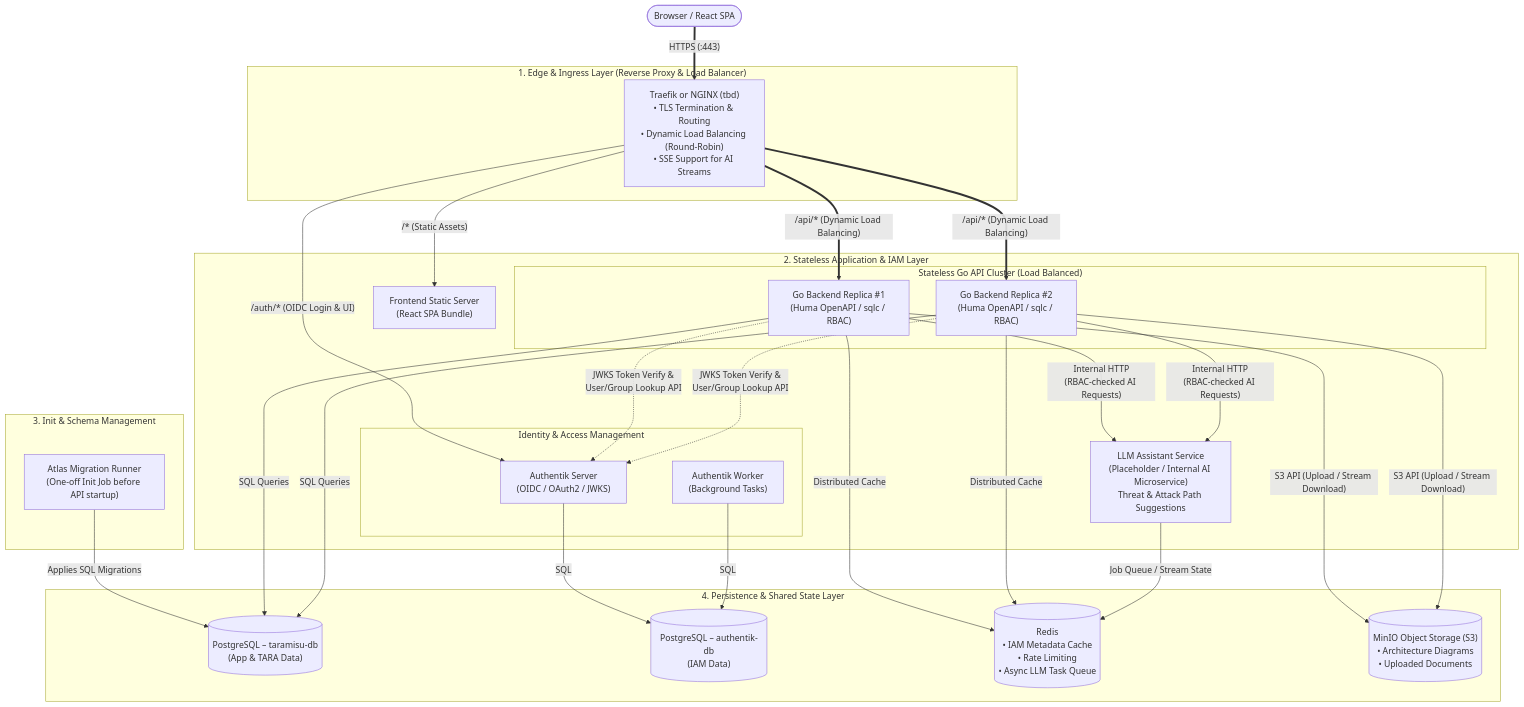
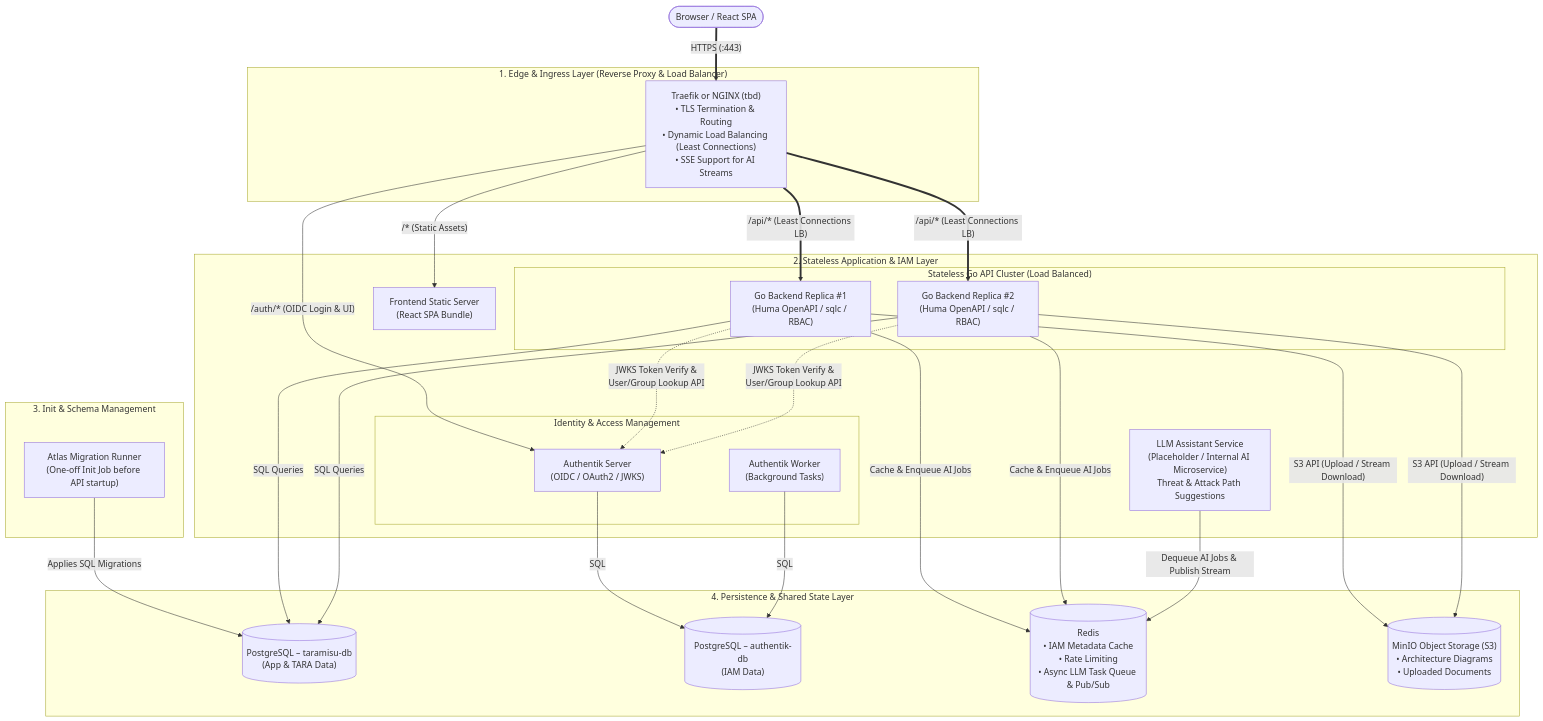
Before and after one commit to thi-taramisu/taramisu: the first of 2 diagrams in docs/internal/architecture/architecture-overview.md, drawn with Mermaid. The commit also changed other lines of this file, not shown here.

Commit message:
switch to least connections load balancing

````diff
--- a/docs/internal/architecture/architecture-overview.md
+++ b/docs/internal/architecture/architecture-overview.md
@@ -11,75 +11,74 @@
 ```mermaid
 flowchart TB
     %% ==========================================
     %% EXTERNAL ACTORS
     %% ==========================================
     Client([Browser / React SPA])
 
     %% ==========================================
     %% EDGE / INGRESS LAYER
     %% ==========================================
     subgraph Edge_Layer ["1. Edge & Ingress Layer (Reverse Proxy & Load Balancer)"]
-        Traefik["Traefik or NGINX (tbd)<br/>• TLS Termination & Routing<br/>• Dynamic Load Balancing (Round-Robin)<br/>• SSE Support for AI Streams"]
+        Traefik["Traefik or NGINX (tbd)<br/>• TLS Termination & Routing<br/>• Dynamic Load Balancing (Least Connections)<br/>• SSE Support for AI Streams"]
     end
 
     %% ==========================================
     %% APPLICATION & IAM LAYER
     %% ==========================================
     subgraph App_Layer ["2. Stateless Application & IAM Layer"]
         FE["Frontend Static Server<br/>(React SPA Bundle)"]
         
         subgraph IAM_Stack ["Identity & Access Management"]
             AuthServer["Authentik Server<br/>(OIDC / OAuth2 / JWKS)"]
             AuthWorker["Authentik Worker<br/>(Background Tasks)"]
         end
 
         subgraph Backend_Cluster ["Stateless Go API Cluster (Load Balanced)"]
             API1["Go Backend Replica #1<br/>(Huma OpenAPI / sqlc / RBAC)"]
             API2["Go Backend Replica #2<br/>(Huma OpenAPI / sqlc / RBAC)"]
         end
 
         LLM["LLM Assistant Service<br/>(Placeholder / Internal AI Microservice)<br/>Threat & Attack Path Suggestions"]
     end
 
     %% ==========================================
     %% INIT / MIGRATION JOBS
     %% ==========================================
     subgraph Init_Layer ["3. Init & Schema Management"]
         Atlas["Atlas Migration Runner<br/>(One-off Init Job before API startup)"]
     end
 
     %% ==========================================
     %% DATA & STATE LAYER
     %% ==========================================
     subgraph Data_Layer ["4. Persistence & Shared State Layer"]
         AppDB[("PostgreSQL – taramisu-db<br/>(App & TARA Data)")]
         IAMDB[("PostgreSQL – authentik-db<br/>(IAM Data)")]
-        Redis[("Redis<br/>• IAM Metadata Cache<br/>• Rate Limiting<br/>• Async LLM Task Queue")]
+        Redis[("Redis<br/>• IAM Metadata Cache<br/>• Rate Limiting<br/>• Async LLM Task Queue & Pub/Sub")]
         MinIO[("MinIO Object Storage (S3)<br/>• Architecture Diagrams<br/>• Uploaded Documents")]
     end
 
     %% ==========================================
     %% CONNECTIONS & TRAFFIC FLOW
     %% ==========================================
     Client ==>|"HTTPS (:443)"| Traefik
 
     %% Edge Routing
     Traefik -->|"/* (Static Assets)"| FE
     Traefik -->|"/auth/* (OIDC Login & UI)"| AuthServer
-    Traefik ==>|"/api/* (Dynamic Load Balancing)"| API1
-    Traefik ==>|"/api/* (Dynamic Load Balancing)"| API2
+    Traefik ==>|"/api/* (Least Connections LB)"| API1
+    Traefik ==>|"/api/* (Least Connections LB)"| API2
 
     %% Internal Service Communication
     API1 & API2 -.->|"JWKS Token Verify &<br/>User/Group Lookup API"| AuthServer
-    API1 & API2 -->|"Internal HTTP<br/>(RBAC-checked AI Requests)"| LLM
 
     %% Database & Storage Connections
     Atlas -->|"Applies SQL Migrations"| AppDB
     AuthServer & AuthWorker -->|"SQL"| IAMDB
 
     API1 & API2 -->|"SQL Queries"| AppDB
-    API1 & API2 -->|"Distributed Cache"| Redis
+    API1 & API2 -->|"Cache & Enqueue AI Jobs"| Redis
     API1 & API2 -->|"S3 API (Upload / Stream Download)"| MinIO
 
-    LLM -->|"Job Queue / Stream State"| Redis
+    LLM -->|"Dequeue AI Jobs & Publish Stream"| Redis
 ```
````
